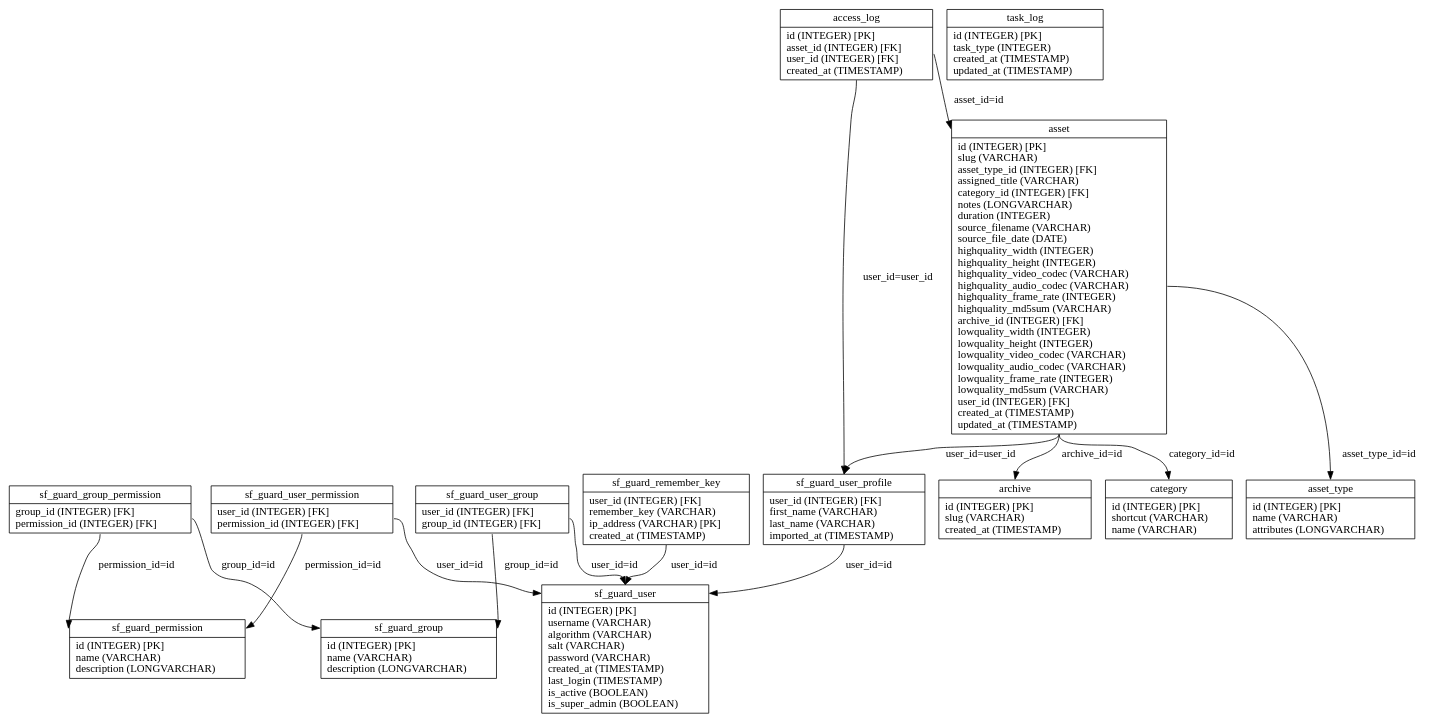
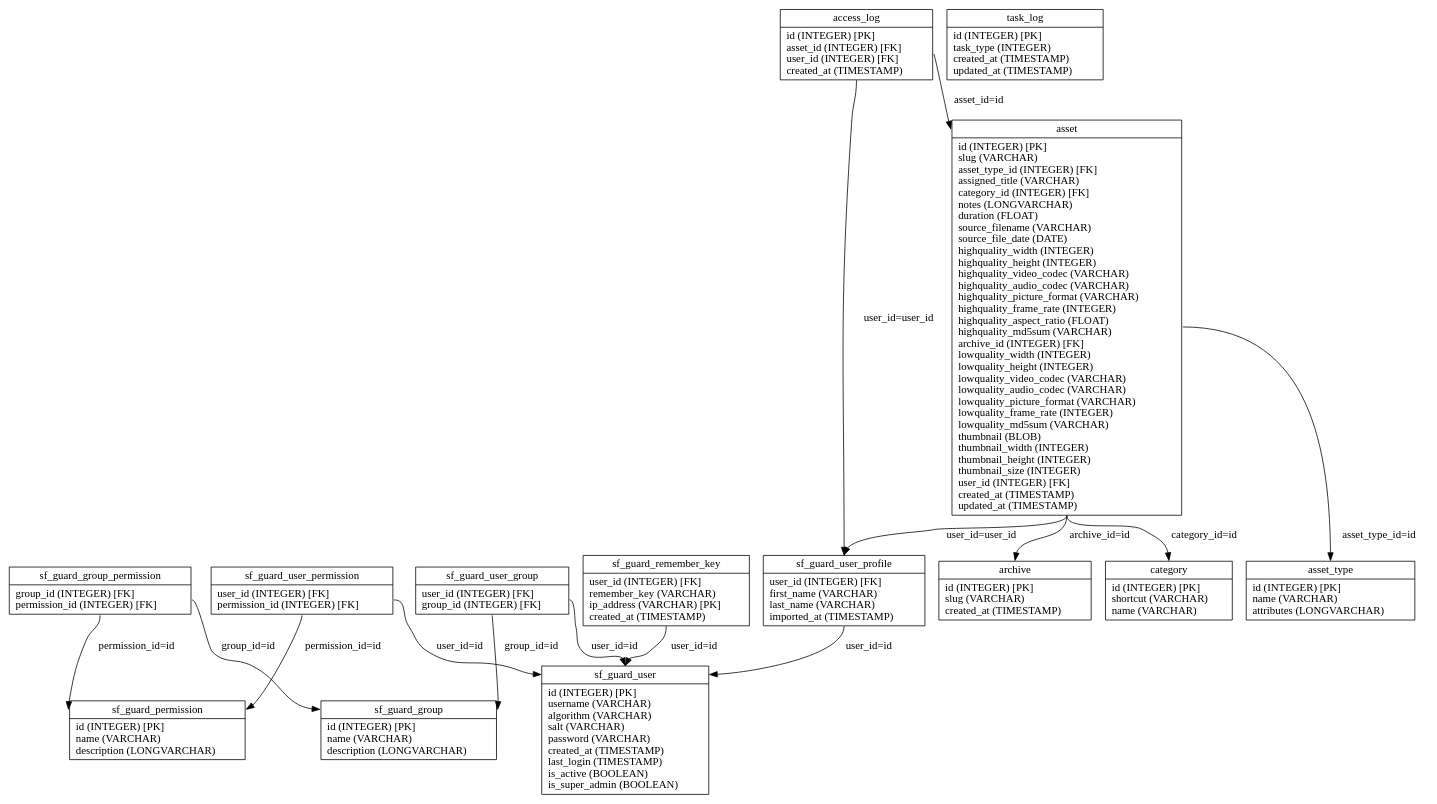
The diagram in graph/propel.schema.dot (loristissino/wviola), drawn with Graphviz before and after one commit. The commit also changed 52 other files, not shown here.

```diff
--- a/graph/propel.schema.dot
+++ b/graph/propel.schema.dot
@@ -1,31 +1,31 @@
 digraph G {
 nodesf_guard_group [label="{<table>sf_guard_group|<cols>id (INTEGER) [PK]\lname (VARCHAR)\ldescription (LONGVARCHAR)\l}", shape=record];
 nodesf_guard_permission [label="{<table>sf_guard_permission|<cols>id (INTEGER) [PK]\lname (VARCHAR)\ldescription (LONGVARCHAR)\l}", shape=record];
 nodesf_guard_group_permission [label="{<table>sf_guard_group_permission|<cols>group_id (INTEGER) [FK]\lpermission_id (INTEGER) [FK]\l}", shape=record];
 nodesf_guard_user [label="{<table>sf_guard_user|<cols>id (INTEGER) [PK]\lusername (VARCHAR)\lalgorithm (VARCHAR)\lsalt (VARCHAR)\lpassword (VARCHAR)\lcreated_at (TIMESTAMP)\llast_login (TIMESTAMP)\lis_active (BOOLEAN)\lis_super_admin (BOOLEAN)\l}", shape=record];
 nodesf_guard_user_permission [label="{<table>sf_guard_user_permission|<cols>user_id (INTEGER) [FK]\lpermission_id (INTEGER) [FK]\l}", shape=record];
 nodesf_guard_user_group [label="{<table>sf_guard_user_group|<cols>user_id (INTEGER) [FK]\lgroup_id (INTEGER) [FK]\l}", shape=record];
 nodesf_guard_remember_key [label="{<table>sf_guard_remember_key|<cols>user_id (INTEGER) [FK]\lremember_key (VARCHAR)\lip_address (VARCHAR) [PK]\lcreated_at (TIMESTAMP)\l}", shape=record];
 nodesf_guard_user_profile [label="{<table>sf_guard_user_profile|<cols>user_id (INTEGER) [FK]\lfirst_name (VARCHAR)\llast_name (VARCHAR)\limported_at (TIMESTAMP)\l}", shape=record];
 nodeasset_type [label="{<table>asset_type|<cols>id (INTEGER) [PK]\lname (VARCHAR)\lattributes (LONGVARCHAR)\l}", shape=record];
-nodeasset [label="{<table>asset|<cols>id (INTEGER) [PK]\lslug (VARCHAR)\lasset_type_id (INTEGER) [FK]\lassigned_title (VARCHAR)\lcategory_id (INTEGER) [FK]\lnotes (LONGVARCHAR)\lduration (INTEGER)\lsource_filename (VARCHAR)\lsource_file_date (DATE)\lhighquality_width (INTEGER)\lhighquality_height (INTEGER)\lhighquality_video_codec (VARCHAR)\lhighquality_audio_codec (VARCHAR)\lhighquality_frame_rate (INTEGER)\lhighquality_md5sum (VARCHAR)\larchive_id (INTEGER) [FK]\llowquality_width (INTEGER)\llowquality_height (INTEGER)\llowquality_video_codec (VARCHAR)\llowquality_audio_codec (VARCHAR)\llowquality_frame_rate (INTEGER)\llowquality_md5sum (VARCHAR)\luser_id (INTEGER) [FK]\lcreated_at (TIMESTAMP)\lupdated_at (TIMESTAMP)\l}", shape=record];
+nodeasset [label="{<table>asset|<cols>id (INTEGER) [PK]\lslug (VARCHAR)\lasset_type_id (INTEGER) [FK]\lassigned_title (VARCHAR)\lcategory_id (INTEGER) [FK]\lnotes (LONGVARCHAR)\lduration (FLOAT)\lsource_filename (VARCHAR)\lsource_file_date (DATE)\lhighquality_width (INTEGER)\lhighquality_height (INTEGER)\lhighquality_video_codec (VARCHAR)\lhighquality_audio_codec (VARCHAR)\lhighquality_picture_format (VARCHAR)\lhighquality_frame_rate (INTEGER)\lhighquality_aspect_ratio (FLOAT)\lhighquality_md5sum (VARCHAR)\larchive_id (INTEGER) [FK]\llowquality_width (INTEGER)\llowquality_height (INTEGER)\llowquality_video_codec (VARCHAR)\llowquality_audio_codec (VARCHAR)\llowquality_picture_format (VARCHAR)\llowquality_frame_rate (INTEGER)\llowquality_md5sum (VARCHAR)\lthumbnail (BLOB)\lthumbnail_width (INTEGER)\lthumbnail_height (INTEGER)\lthumbnail_size (INTEGER)\luser_id (INTEGER) [FK]\lcreated_at (TIMESTAMP)\lupdated_at (TIMESTAMP)\l}", shape=record];
 nodearchive [label="{<table>archive|<cols>id (INTEGER) [PK]\lslug (VARCHAR)\lcreated_at (TIMESTAMP)\l}", shape=record];
 nodecategory [label="{<table>category|<cols>id (INTEGER) [PK]\lshortcut (VARCHAR)\lname (VARCHAR)\l}", shape=record];
 nodeaccess_log [label="{<table>access_log|<cols>id (INTEGER) [PK]\lasset_id (INTEGER) [FK]\luser_id (INTEGER) [FK]\lcreated_at (TIMESTAMP)\l}", shape=record];
 nodetask_log [label="{<table>task_log|<cols>id (INTEGER) [PK]\ltask_type (INTEGER)\lcreated_at (TIMESTAMP)\lupdated_at (TIMESTAMP)\l}", shape=record];
 
 nodesf_guard_group_permission:cols -> nodesf_guard_group:table [label="group_id=id "];
 nodesf_guard_group_permission:cols -> nodesf_guard_permission:table [label="permission_id=id "];
 nodesf_guard_user_permission:cols -> nodesf_guard_user:table [label="user_id=id "];
 nodesf_guard_user_permission:cols -> nodesf_guard_permission:table [label="permission_id=id "];
 nodesf_guard_user_group:cols -> nodesf_guard_user:table [label="user_id=id "];
 nodesf_guard_user_group:cols -> nodesf_guard_group:table [label="group_id=id "];
 nodesf_guard_remember_key:cols -> nodesf_guard_user:table [label="user_id=id "];
 nodesf_guard_user_profile:cols -> nodesf_guard_user:table [label="user_id=id "];
 nodeasset:cols -> nodeasset_type:table [label="asset_type_id=id "];
 nodeasset:cols -> nodecategory:table [label="category_id=id "];
 nodeasset:cols -> nodearchive:table [label="archive_id=id "];
 nodeasset:cols -> nodesf_guard_user_profile:table [label="user_id=user_id "];
 nodeaccess_log:cols -> nodeasset:table [label="asset_id=id "];
 nodeaccess_log:cols -> nodesf_guard_user_profile:table [label="user_id=user_id "];
 }
```
